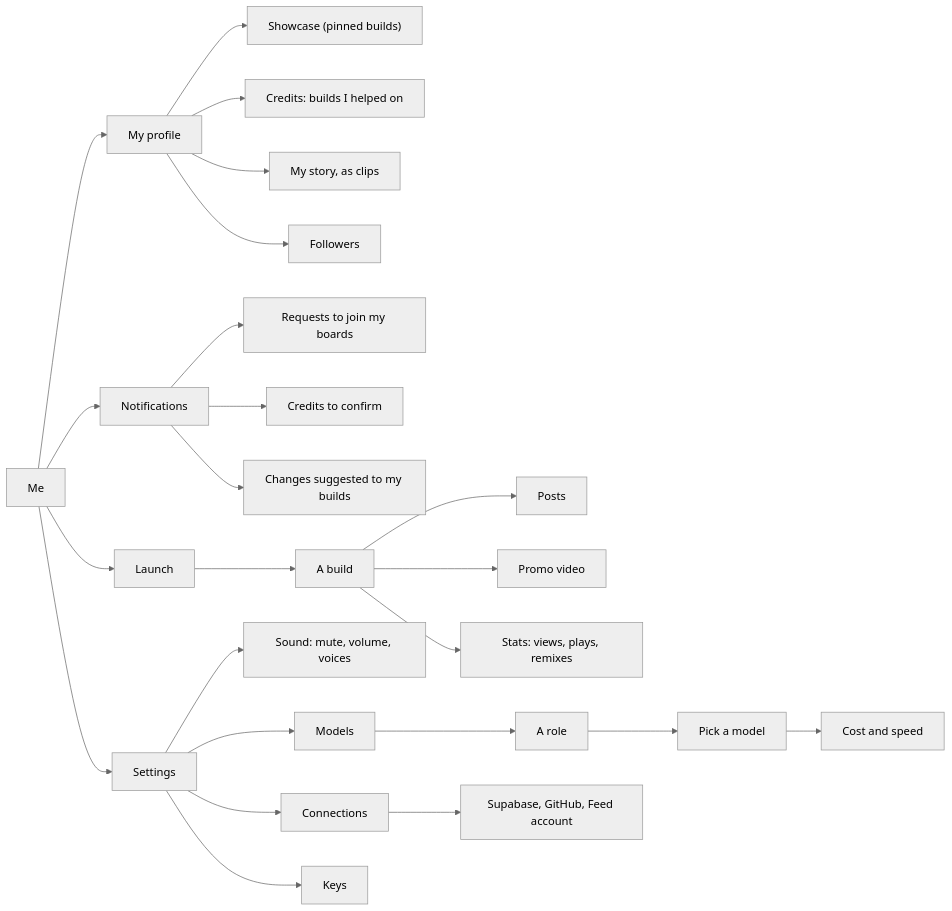
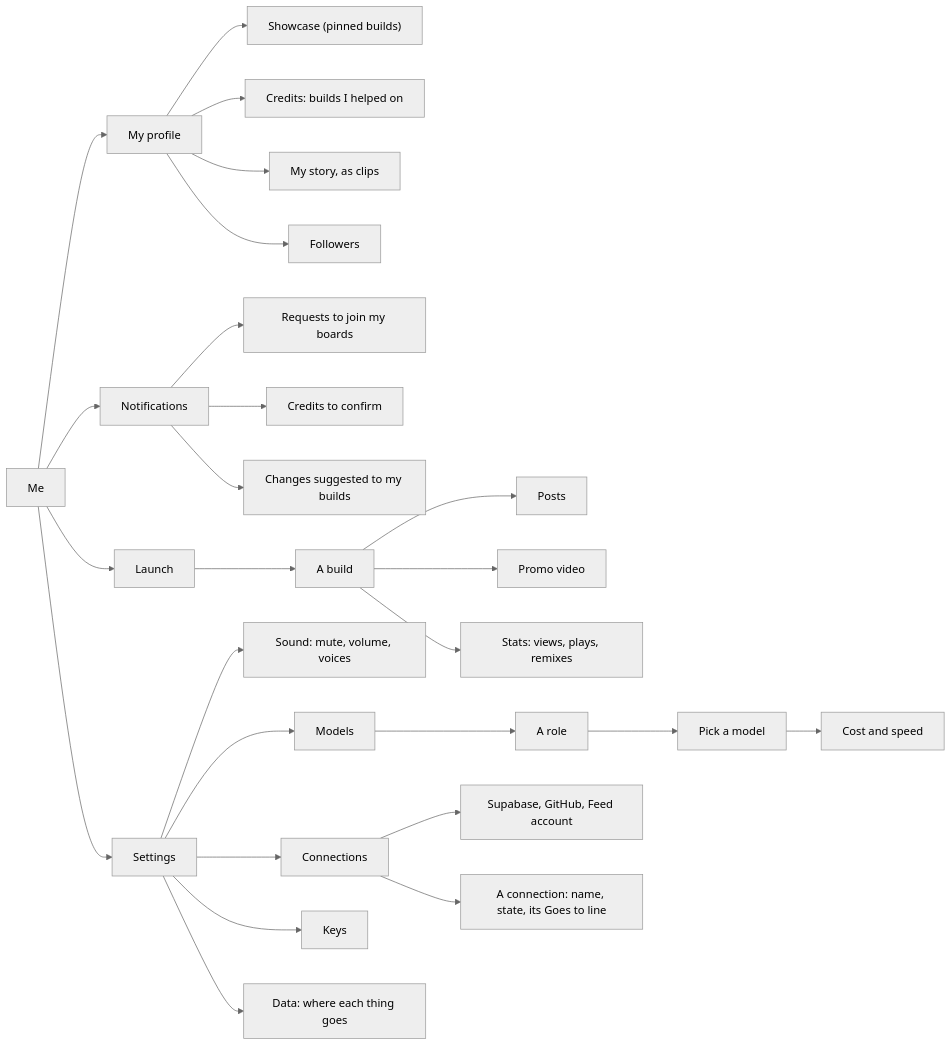
The eighth of 26 diagrams in docs/ux/SITEMAP.md (Pukujan/swarm-studio), drawn with Mermaid (neutral theme) before and after one commit. The commit also changed 6 other files, not shown here.

First line of the commit message:
Settings: one read-only place for what is connected and where data goes

````diff
--- a/docs/ux/SITEMAP.md
+++ b/docs/ux/SITEMAP.md
@@ -236,26 +236,28 @@
 ```mermaid
 flowchart LR
   ME[Me] --> PR[My profile]
   ME --> LA[Launch]
   ME --> NO[Notifications]
   ME --> SE[Settings]
   PR --> PR1["Showcase (pinned builds)"]
   PR --> PR2["Credits: builds I helped on"]
   PR --> PR3["My story, as clips"]
   PR --> PR4[Followers]
   NO --> NO1["Requests to join my boards"]
   NO --> NO2["Credits to confirm"]
   NO --> NO3["Changes suggested to my builds"]
   LA --> LA1[A build]
   LA1 --> LA2[Posts]
   LA1 --> LA3[Promo video]
   LA1 --> LA4["Stats: views, plays, remixes"]
   SE --> SE1["Sound: mute, volume, voices"]
   SE --> SE2[Models]
   SE --> SE3[Connections]
   SE --> SE4[Keys]
   SE2 --> SE5[A role]
   SE5 --> SE6[Pick a model]
   SE6 --> SE7[Cost and speed]
   SE3 --> SE8["Supabase, GitHub, Feed account"]
+  SE --> SE9["Data: where each thing goes"]
+  SE3 --> SE10["A connection: name, state, its Goes to line"]
 ```
````
